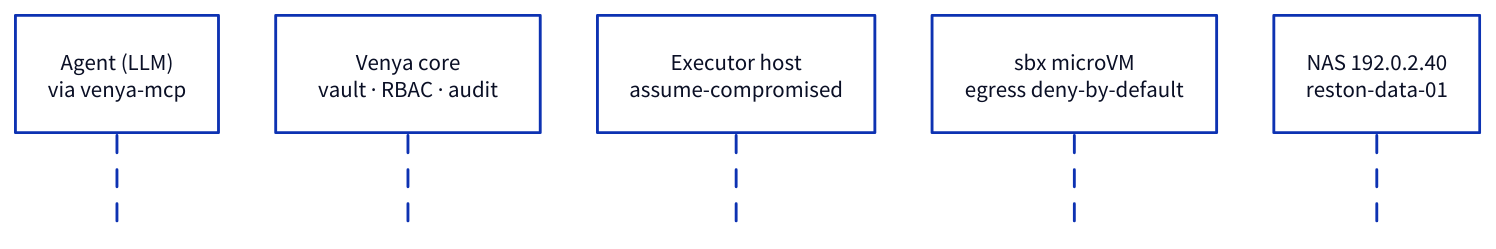
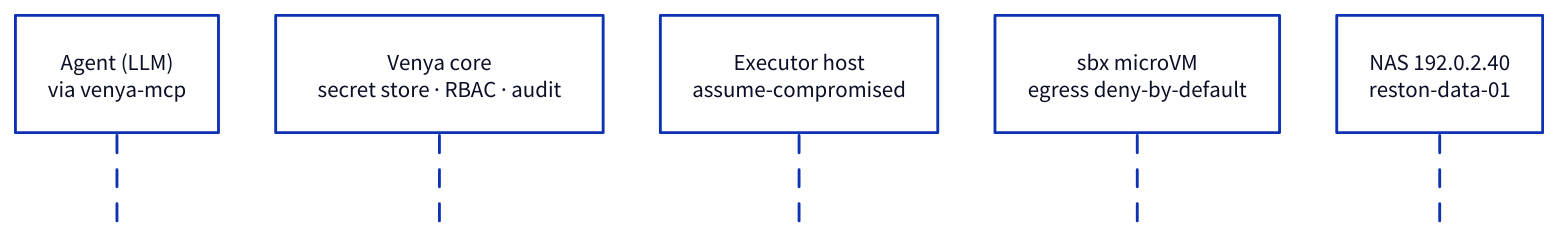
Before and after one commit to tabith-llc/venya: the diagram in docs/diagrams/lanes.d2, drawn with D2. The commit also changed 14 other files, not shown here.

```diff
--- a/docs/diagrams/lanes.d2
+++ b/docs/diagrams/lanes.d2
@@ -1,22 +1,22 @@
 # Shared lane definitions for the example-workflow diagrams.
 # Imported by workflow.d2 (overview) and frames.d2 (per-step frames) so both
 # render identical, identically-ordered lanes.
 #
 # Lanes are source-matched to docs/architecture.md §System topology. No fills:
 # zone is carried by the label, which keeps one SVG readable in light and dark
 # (d2 applies explicit styles in both modes, so fills would glare under --dark-theme).
 #
 # The human lane is NOT declared here — workflow.d2 adds it. d2 orders sequence
 # actors by first CONNECTION appearance, not declaration, so a lane that is idle
 # in a given board gets sorted to the far right. The human is idle in Steps 3-5,
 # which made the lane jump position between frames. Keeping the human out of the
 # per-step frames holds the other five lanes in a fixed left-to-right order that
 # matches the direction of the story (agent -> core -> executor -> sandbox -> NAS).
 
 shape: sequence_diagram
 
 agent: "Agent (LLM)\nvia venya-mcp"
-core:  "Venya core\nvault · RBAC · audit"
+core:  "Venya core\nsecret store · RBAC · audit"
 exec:  "Executor host\nassume-compromised"
 sbx:   "sbx microVM\negress deny-by-default"
 nas:   "NAS 192.0.2.40\nreston-data-01"
```
